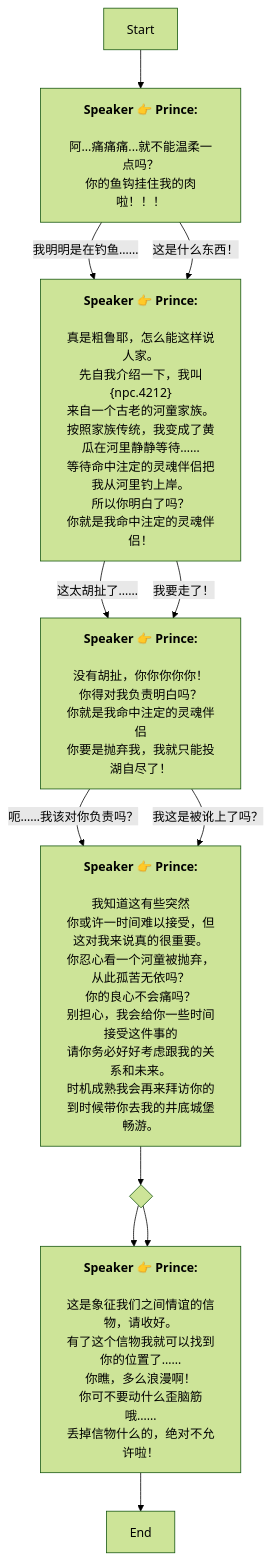
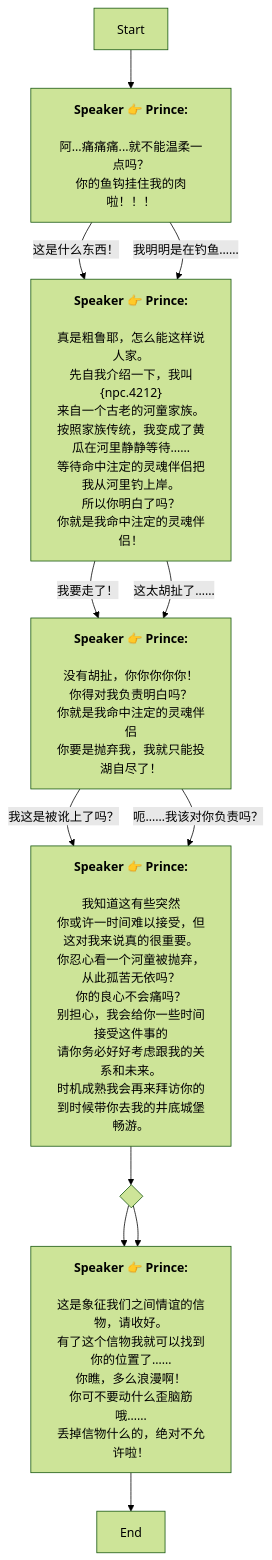
The diagram in Zh/QuestStartTalkENode_1738879310944417.md (SoftHu/tos_avg), drawn with Mermaid (forest theme) before and after one commit. The commit also changed other lines of this file and 780 other files, not shown here.

````diff
--- a/Zh/QuestStartTalkENode_1738879310944417.md
+++ b/Zh/QuestStartTalkENode_1738879310944417.md
@@ -1,51 +1,51 @@
 ```mermaid
 graph
 Start -->1738879346313380[<b>Speaker 👉 Prince:</b>
 \n阿...痛痛痛...就不能温柔一点吗？
 你的鱼钩挂住我的肉啦！！！]
+1738879346313380 -->|这是什么东西！|1738880357217450[<b>Speaker 👉 Prince:</b>
+\n真是粗鲁耶，怎么能这样说人家。
+先自我介绍一下，我叫&lbrace;npc.4212&rbrace;
+来自一个古老的河童家族。\n按照家族传统，我变成了黄瓜在河里静静等待……
+等待命中注定的灵魂伴侣把我从河里钓上岸。\n所以你明白了吗？
+你就是我命中注定的灵魂伴侣！]
 1738879346313380 -->|我明明是在钓鱼……|1738880357217450[<b>Speaker 👉 Prince:</b>
 \n真是粗鲁耶，怎么能这样说人家。
 先自我介绍一下，我叫&lbrace;npc.4212&rbrace;
 来自一个古老的河童家族。\n按照家族传统，我变成了黄瓜在河里静静等待……
 等待命中注定的灵魂伴侣把我从河里钓上岸。\n所以你明白了吗？
 你就是我命中注定的灵魂伴侣！]
-1738879346313380 -->|这是什么东西！|1738880357217450[<b>Speaker 👉 Prince:</b>
-\n真是粗鲁耶，怎么能这样说人家。
-先自我介绍一下，我叫&lbrace;npc.4212&rbrace;
-来自一个古老的河童家族。\n按照家族传统，我变成了黄瓜在河里静静等待……
-等待命中注定的灵魂伴侣把我从河里钓上岸。\n所以你明白了吗？
-你就是我命中注定的灵魂伴侣！]
+1738880357217450 -->|我要走了！|1738880666043568[<b>Speaker 👉 Prince:</b>
+\n没有胡扯，你你你你你！
+你得对我负责明白吗？\n你就是我命中注定的灵魂伴侣
+你要是抛弃我，我就只能投湖自尽了！]
 1738880357217450 -->|这太胡扯了……|1738880666043568[<b>Speaker 👉 Prince:</b>
 \n没有胡扯，你你你你你！
 你得对我负责明白吗？\n你就是我命中注定的灵魂伴侣
 你要是抛弃我，我就只能投湖自尽了！]
-1738880357217450 -->|我要走了！|1738880666043568[<b>Speaker 👉 Prince:</b>
-\n没有胡扯，你你你你你！
-你得对我负责明白吗？\n你就是我命中注定的灵魂伴侣
-你要是抛弃我，我就只能投湖自尽了！]
-1738880666043568 -->|呃……我该对你负责吗？|1738880951920822[<b>Speaker 👉 Prince:</b>
+1738880666043568 -->|我这是被讹上了吗？|1738880951920822[<b>Speaker 👉 Prince:</b>
 \n我知道这有些突然
 你或许一时间难以接受，但这对我来说真的很重要。\n你忍心看一个河童被抛弃，从此孤苦无依吗？
 你的良心不会痛吗？\n别担心，我会给你一些时间接受这件事的
 请你务必好好考虑跟我的关系和未来。\n时机成熟我会再来拜访你的
 到时候带你去我的井底城堡畅游。]
-1738880666043568 -->|我这是被讹上了吗？|1738880951920822[<b>Speaker 👉 Prince:</b>
+1738880666043568 -->|呃……我该对你负责吗？|1738880951920822[<b>Speaker 👉 Prince:</b>
 \n我知道这有些突然
 你或许一时间难以接受，但这对我来说真的很重要。\n你忍心看一个河童被抛弃，从此孤苦无依吗？
 你的良心不会痛吗？\n别担心，我会给你一些时间接受这件事的
 请你务必好好考虑跟我的关系和未来。\n时机成熟我会再来拜访你的
 到时候带你去我的井底城堡畅游。]
 1738880951920822 -->1738881135407287{ }
 1738881135407287 -->1738883182998677[<b>Speaker 👉 Prince:</b>
 \n这是象征我们之间情谊的信物，请收好。
 有了这个信物我就可以找到你的位置了……
 你瞧，多么浪漫啊！\n你可不要动什么歪脑筋哦……
 丢掉信物什么的，绝对不允许啦！]
 1738881135407287 -->1738883182998677[<b>Speaker 👉 Prince:</b>
 \n这是象征我们之间情谊的信物，请收好。
 有了这个信物我就可以找到你的位置了……
 你瞧，多么浪漫啊！\n你可不要动什么歪脑筋哦……
 丢掉信物什么的，绝对不允许啦！]
 1738883182998677 -->1738883278899350[End]
 
 ```
````
